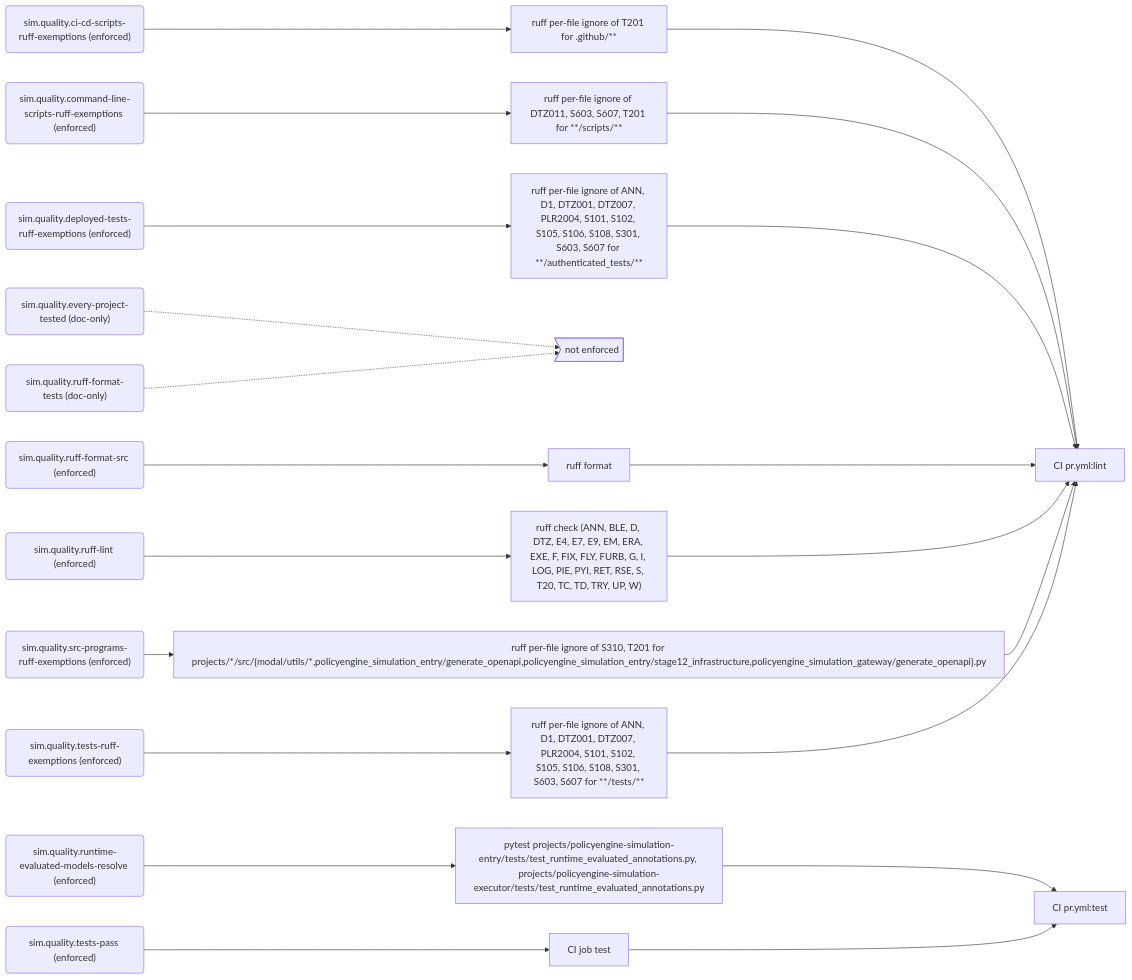
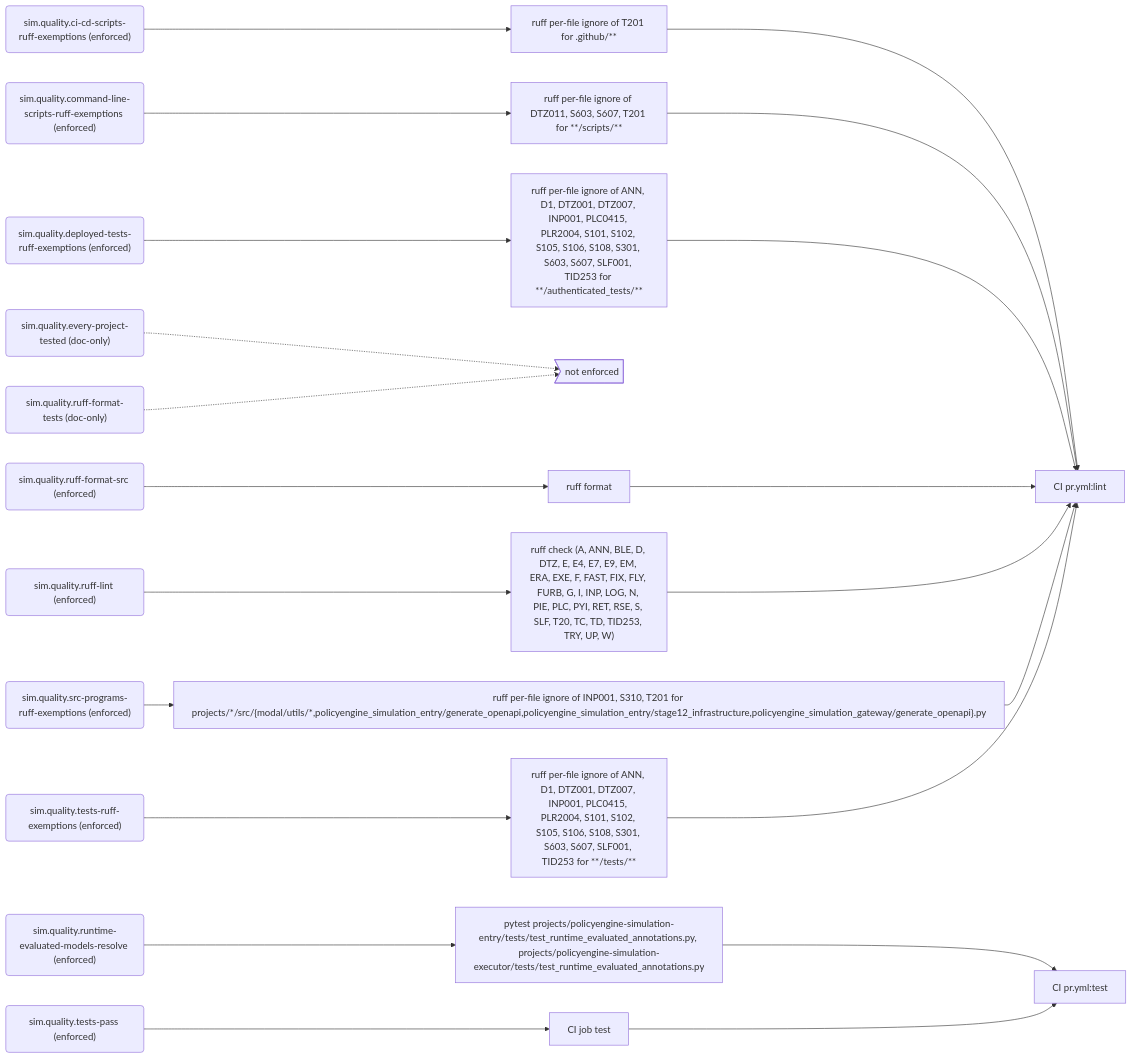
The sixth of 8 diagrams in docs/generated/rules.md (PolicyEngine/policyengine-sim-api), drawn with Mermaid before and after one commit. The commit also changed other lines of this file and 100 other files, not shown here.

First line of the commit message:
Enable ruff structure and import rules (INP, PLC, SLF, N, A, FAST, E) (#799)

````diff
--- a/docs/generated/rules.md
+++ b/docs/generated/rules.md
@@ -261,46 +261,46 @@
 ```mermaid
 flowchart LR
   r_sim_quality_ci_cd_scripts_ruff_exemptions("sim.quality.ci-cd-scripts-ruff-exemptions (enforced)")
   e_ruff_per_file_ignore_of_T201_for__github___["ruff per-file ignore of T201 for .github/**"]
   j_CI_pr_yml_lint["CI pr.yml:lint"]
   r_sim_quality_command_line_scripts_ruff_exemptions("sim.quality.command-line-scripts-ruff-exemptions (enforced)")
   e_ruff_per_file_ignore_of_DTZ011__S603__S607__T201_for____scripts___["ruff per-file ignore of DTZ011, S603, S607, T201 for **/scripts/**"]
   r_sim_quality_deployed_tests_ruff_exemptions("sim.quality.deployed-tests-ruff-exemptions (enforced)")
-  e_ruff_per_file_ignore_of_ANN__D1__DTZ001__DTZ007__PLR2004__S101__S102__S105__S106__S108__S301__S603__S607_for____authenticated_tests___["ruff per-file ignore of ANN, D1, DTZ001, DTZ007, PLR2004, S101, S102, S105, S106, S108, S301, S603, S607 for **/authenticated_tests/**"]
+  e_ruff_per_file_ignore_of_ANN__D1__DTZ001__DTZ007__INP001__PLC0415__PLR2004__S101__S102__S105__S106__S108__S301__S603__S607__SLF001__TID253_for____authenticated_tests___["ruff per-file ignore of ANN, D1, DTZ001, DTZ007, INP001, PLC0415, PLR2004, S101, S102, S105, S106, S108, S301, S603, S607, SLF001, TID253 for **/authenticated_tests/**"]
   r_sim_quality_every_project_tested("sim.quality.every-project-tested (doc-only)")
   gap_unenforced>"not enforced"]
   r_sim_quality_ruff_format_src("sim.quality.ruff-format-src (enforced)")
   e_ruff_format["ruff format"]
   r_sim_quality_ruff_format_tests("sim.quality.ruff-format-tests (doc-only)")
   r_sim_quality_ruff_lint("sim.quality.ruff-lint (enforced)")
-  e_ruff_check__ANN__BLE__D__DTZ__E4__E7__E9__EM__ERA__EXE__F__FIX__FLY__FURB__G__I__LOG__PIE__PYI__RET__RSE__S__T20__TC__TD__TRY__UP__W_["ruff check (ANN, BLE, D, DTZ, E4, E7, E9, EM, ERA, EXE, F, FIX, FLY, FURB, G, I, LOG, PIE, PYI, RET, RSE, S, T20, TC, TD, TRY, UP, W)"]
+  e_ruff_check__A__ANN__BLE__D__DTZ__E__E4__E7__E9__EM__ERA__EXE__F__FAST__FIX__FLY__FURB__G__I__INP__LOG__N__PIE__PLC__PYI__RET__RSE__S__SLF__T20__TC__TD__TID253__TRY__UP__W_["ruff check (A, ANN, BLE, D, DTZ, E, E4, E7, E9, EM, ERA, EXE, F, FAST, FIX, FLY, FURB, G, I, INP, LOG, N, PIE, PLC, PYI, RET, RSE, S, SLF, T20, TC, TD, TID253, TRY, UP, W)"]
   r_sim_quality_runtime_evaluated_models_resolve("sim.quality.runtime-evaluated-models-resolve (enforced)")
   e_pytest_projects_policyengine_simulation_entry_tests_test_runtime_evaluated_annotations_py__projects_policyengine_simulation_executor_tests_test_runtime_evaluated_annotations_py["pytest projects/policyengine-simulation-entry/tests/test_runtime_evaluated_annotations.py, projects/policyengine-simulation-executor/tests/test_runtime_evaluated_annotations.py"]
   j_CI_pr_yml_test["CI pr.yml:test"]
   r_sim_quality_src_programs_ruff_exemptions("sim.quality.src-programs-ruff-exemptions (enforced)")
-  e_ruff_per_file_ignore_of_S310__T201_for_projects___src__modal_utils___policyengine_simulation_entry_generate_openapi_policyengine_simulation_entry_stage12_infrastructure_policyengine_simulation_gateway_generate_openapi__py["ruff per-file ignore of S310, T201 for projects/*/src/{modal/utils/*,policyengine_simulation_entry/generate_openapi,policyengine_simulation_entry/stage12_infrastructure,policyengine_simulation_gateway/generate_openapi}.py"]
+  e_ruff_per_file_ignore_of_INP001__S310__T201_for_projects___src__modal_utils___policyengine_simulation_entry_generate_openapi_policyengine_simulation_entry_stage12_infrastructure_policyengine_simulation_gateway_generate_openapi__py["ruff per-file ignore of INP001, S310, T201 for projects/*/src/{modal/utils/*,policyengine_simulation_entry/generate_openapi,policyengine_simulation_entry/stage12_infrastructure,policyengine_simulation_gateway/generate_openapi}.py"]
   r_sim_quality_tests_pass("sim.quality.tests-pass (enforced)")
   e_CI_job_test["CI job test"]
   r_sim_quality_tests_ruff_exemptions("sim.quality.tests-ruff-exemptions (enforced)")
-  e_ruff_per_file_ignore_of_ANN__D1__DTZ001__DTZ007__PLR2004__S101__S102__S105__S106__S108__S301__S603__S607_for____tests___["ruff per-file ignore of ANN, D1, DTZ001, DTZ007, PLR2004, S101, S102, S105, S106, S108, S301, S603, S607 for **/tests/**"]
+  e_ruff_per_file_ignore_of_ANN__D1__DTZ001__DTZ007__INP001__PLC0415__PLR2004__S101__S102__S105__S106__S108__S301__S603__S607__SLF001__TID253_for____tests___["ruff per-file ignore of ANN, D1, DTZ001, DTZ007, INP001, PLC0415, PLR2004, S101, S102, S105, S106, S108, S301, S603, S607, SLF001, TID253 for **/tests/**"]
   r_sim_quality_ci_cd_scripts_ruff_exemptions --> e_ruff_per_file_ignore_of_T201_for__github___
   e_ruff_per_file_ignore_of_T201_for__github___ --> j_CI_pr_yml_lint
   r_sim_quality_command_line_scripts_ruff_exemptions --> e_ruff_per_file_ignore_of_DTZ011__S603__S607__T201_for____scripts___
   e_ruff_per_file_ignore_of_DTZ011__S603__S607__T201_for____scripts___ --> j_CI_pr_yml_lint
-  r_sim_quality_deployed_tests_ruff_exemptions --> e_ruff_per_file_ignore_of_ANN__D1__DTZ001__DTZ007__PLR2004__S101__S102__S105__S106__S108__S301__S603__S607_for____authenticated_tests___
-  e_ruff_per_file_ignore_of_ANN__D1__DTZ001__DTZ007__PLR2004__S101__S102__S105__S106__S108__S301__S603__S607_for____authenticated_tests___ --> j_CI_pr_yml_lint
+  r_sim_quality_deployed_tests_ruff_exemptions --> e_ruff_per_file_ignore_of_ANN__D1__DTZ001__DTZ007__INP001__PLC0415__PLR2004__S101__S102__S105__S106__S108__S301__S603__S607__SLF001__TID253_for____authenticated_tests___
+  e_ruff_per_file_ignore_of_ANN__D1__DTZ001__DTZ007__INP001__PLC0415__PLR2004__S101__S102__S105__S106__S108__S301__S603__S607__SLF001__TID253_for____authenticated_tests___ --> j_CI_pr_yml_lint
   r_sim_quality_every_project_tested -.-> gap_unenforced
   r_sim_quality_ruff_format_src --> e_ruff_format
   e_ruff_format --> j_CI_pr_yml_lint
   r_sim_quality_ruff_format_tests -.-> gap_unenforced
-  r_sim_quality_ruff_lint --> e_ruff_check__ANN__BLE__D__DTZ__E4__E7__E9__EM__ERA__EXE__F__FIX__FLY__FURB__G__I__LOG__PIE__PYI__RET__RSE__S__T20__TC__TD__TRY__UP__W_
-  e_ruff_check__ANN__BLE__D__DTZ__E4__E7__E9__EM__ERA__EXE__F__FIX__FLY__FURB__G__I__LOG__PIE__PYI__RET__RSE__S__T20__TC__TD__TRY__UP__W_ --> j_CI_pr_yml_lint
+  r_sim_quality_ruff_lint --> e_ruff_check__A__ANN__BLE__D__DTZ__E__E4__E7__E9__EM__ERA__EXE__F__FAST__FIX__FLY__FURB__G__I__INP__LOG__N__PIE__PLC__PYI__RET__RSE__S__SLF__T20__TC__TD__TID253__TRY__UP__W_
+  e_ruff_check__A__ANN__BLE__D__DTZ__E__E4__E7__E9__EM__ERA__EXE__F__FAST__FIX__FLY__FURB__G__I__INP__LOG__N__PIE__PLC__PYI__RET__RSE__S__SLF__T20__TC__TD__TID253__TRY__UP__W_ --> j_CI_pr_yml_lint
   r_sim_quality_runtime_evaluated_models_resolve --> e_pytest_projects_policyengine_simulation_entry_tests_test_runtime_evaluated_annotations_py__projects_policyengine_simulation_executor_tests_test_runtime_evaluated_annotations_py
   e_pytest_projects_policyengine_simulation_entry_tests_test_runtime_evaluated_annotations_py__projects_policyengine_simulation_executor_tests_test_runtime_evaluated_annotations_py --> j_CI_pr_yml_test
-  r_sim_quality_src_programs_ruff_exemptions --> e_ruff_per_file_ignore_of_S310__T201_for_projects___src__modal_utils___policyengine_simulation_entry_generate_openapi_policyengine_simulation_entry_stage12_infrastructure_policyengine_simulation_gateway_generate_openapi__py
-  e_ruff_per_file_ignore_of_S310__T201_for_projects___src__modal_utils___policyengine_simulation_entry_generate_openapi_policyengine_simulation_entry_stage12_infrastructure_policyengine_simulation_gateway_generate_openapi__py --> j_CI_pr_yml_lint
+  r_sim_quality_src_programs_ruff_exemptions --> e_ruff_per_file_ignore_of_INP001__S310__T201_for_projects___src__modal_utils___policyengine_simulation_entry_generate_openapi_policyengine_simulation_entry_stage12_infrastructure_policyengine_simulation_gateway_generate_openapi__py
+  e_ruff_per_file_ignore_of_INP001__S310__T201_for_projects___src__modal_utils___policyengine_simulation_entry_generate_openapi_policyengine_simulation_entry_stage12_infrastructure_policyengine_simulation_gateway_generate_openapi__py --> j_CI_pr_yml_lint
   r_sim_quality_tests_pass --> e_CI_job_test
   e_CI_job_test --> j_CI_pr_yml_test
-  r_sim_quality_tests_ruff_exemptions --> e_ruff_per_file_ignore_of_ANN__D1__DTZ001__DTZ007__PLR2004__S101__S102__S105__S106__S108__S301__S603__S607_for____tests___
-  e_ruff_per_file_ignore_of_ANN__D1__DTZ001__DTZ007__PLR2004__S101__S102__S105__S106__S108__S301__S603__S607_for____tests___ --> j_CI_pr_yml_lint
+  r_sim_quality_tests_ruff_exemptions --> e_ruff_per_file_ignore_of_ANN__D1__DTZ001__DTZ007__INP001__PLC0415__PLR2004__S101__S102__S105__S106__S108__S301__S603__S607__SLF001__TID253_for____tests___
+  e_ruff_per_file_ignore_of_ANN__D1__DTZ001__DTZ007__INP001__PLC0415__PLR2004__S101__S102__S105__S106__S108__S301__S603__S607__SLF001__TID253_for____tests___ --> j_CI_pr_yml_lint
 ```
````
